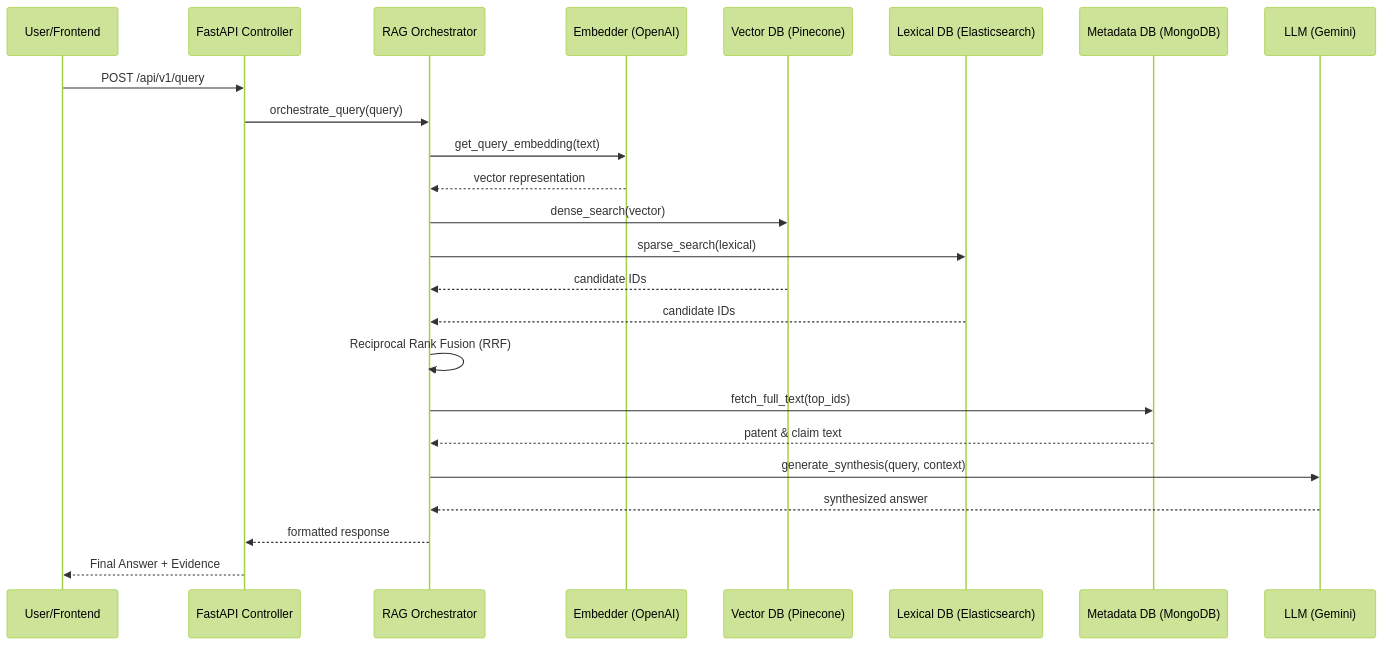
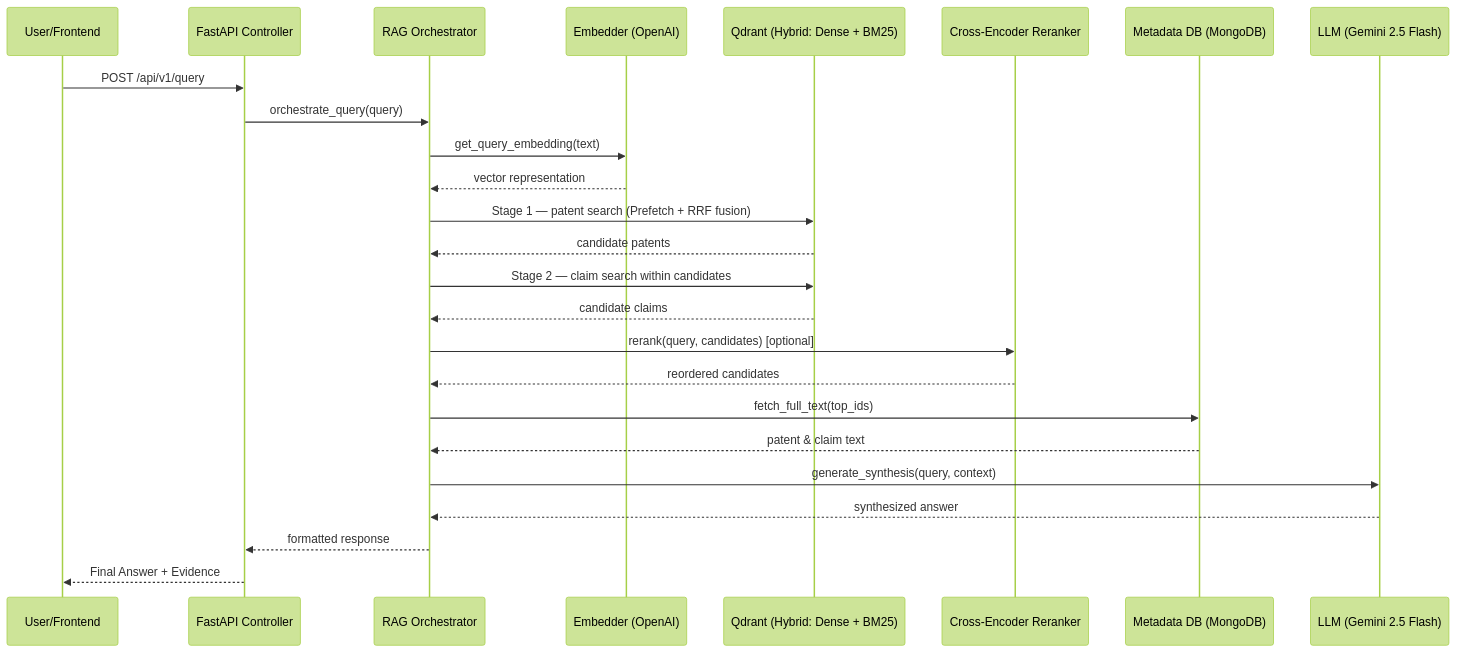
Before and after one commit to Jenuel/Patent-Discovery-System: the diagram in apps/api/README.md, drawn with Mermaid (forest theme). The commit also changed other lines of this file and 4 other files, not shown here.

Commit message:
docs: consolidate the eval write-ups and fix the stale architecture claims

````diff
--- a/apps/api/README.md
+++ b/apps/api/README.md
@@ -27,27 +27,28 @@
 ```mermaid
 sequenceDiagram
     participant U as User/Frontend
     participant A as FastAPI Controller
     participant O as RAG Orchestrator
     participant E as Embedder (OpenAI)
-    participant V as Vector DB (Pinecone)
-    participant L as Lexical DB (Elasticsearch)
+    participant Q as Qdrant (Hybrid: Dense + BM25)
+    participant R as Cross-Encoder Reranker
     participant M as Metadata DB (MongoDB)
-    participant G as LLM (Gemini)
+    participant G as LLM (Gemini 2.5 Flash)
 
     U->>A: POST /api/v1/query
     A->>O: orchestrate_query(query)
     O->>E: get_query_embedding(text)
     E-->>O: vector representation
-    O->>V: dense_search(vector)
-    O->>L: sparse_search(lexical)
-    V-->>O: candidate IDs
-    L-->>O: candidate IDs
-    O->>O: Reciprocal Rank Fusion (RRF)
+    O->>Q: Stage 1 — patent search (Prefetch + RRF fusion)
+    Q-->>O: candidate patents
+    O->>Q: Stage 2 — claim search within candidates
+    Q-->>O: candidate claims
+    O->>R: rerank(query, candidates) [optional]
+    R-->>O: reordered candidates
     O->>M: fetch_full_text(top_ids)
     M-->>O: patent & claim text
     O->>G: generate_synthesis(query, context)
     G-->>O: synthesized answer
     O-->>A: formatted response
     A-->>U: Final Answer + Evidence
 ```
````
